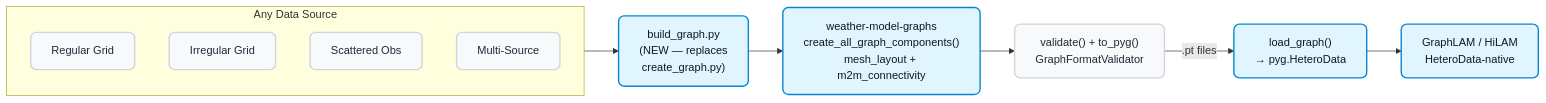
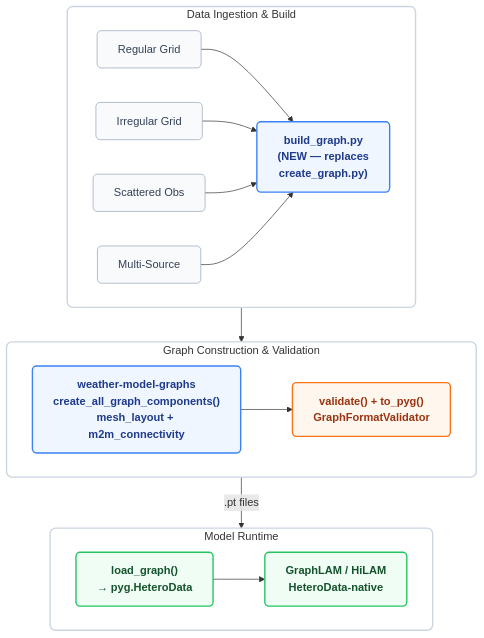
Before and after one commit to prajwal-tech07/Gsoc_test: the sixth of 11 diagrams in GSoC_Project_Created_By_Antigravity.md, drawn with Mermaid. The commit also changed other lines of this file, not shown here.

First line of the commit message:
Refactor mermaid diagrams and improve text clarity

````diff
--- a/GSoC_Project_Created_By_Antigravity.md
+++ b/GSoC_Project_Created_By_Antigravity.md
@@ -321,20 +348,50 @@
 ```mermaid
-flowchart LR
-    classDef default fill:#f8f9fa,stroke:#d1d5db,stroke-width:2px,rx:8px,color:#1f2937
-    classDef highlight fill:#e1f5fe,stroke:#0288d1,stroke-width:2px,rx:8px,color:#0f172a
+flowchart TD
+    %% Professional Color Palette
+    classDef source fill:#f8fafc,stroke:#94a3b8,stroke-width:1px,rx:6px,color:#334155
+    classDef engine fill:#eff6ff,stroke:#3b82f6,stroke-width:2px,rx:6px,color:#1e3a8a,font-weight:bold
+    classDef validate fill:#fff7ed,stroke:#f97316,stroke-width:2px,rx:6px,color:#9a3412,font-weight:bold
+    classDef runtime fill:#f0fdf4,stroke:#22c55e,stroke-width:2px,rx:6px,color:#14532d,font-weight:bold
 
-    subgraph Sources["Any Data Source"]
-        S1["Regular Grid"]
-        S2["Irregular Grid"]
-        S3["Scattered Obs"]
-        S4["Multi-Source"]
+    %% Row 1: Ingestion
+    subgraph Layer1 ["Data Ingestion & Build"]
+        direction LR
+        S1["Regular Grid"]:::source
+        S2["Irregular Grid"]:::source
+        S3["Scattered Obs"]:::source
+        S4["Multi-Source"]:::source
+        BG["build_graph.py\n(NEW — replaces\ncreate_graph.py)"]:::engine
+        
+        S1 --> BG
+        S2 --> BG
+        S3 --> BG
+        S4 --> BG
     end
 
-    BG["build_graph.py\n(NEW — replaces\ncreate_graph.py)"]:::highlight
-    WMG["weather-model-graphs\ncreate_all_graph_components()\nmesh_layout + m2m_connectivity"]:::highlight
-    VAL["validate() + to_pyg()\nGraphFormatValidator"]
-    LG["load_graph()\n→ pyg.HeteroData"]:::highlight
-    MODEL["GraphLAM / HiLAM\nHeteroData-native"]:::highlight
+    %% Row 2: Construction & Validation
+    subgraph Layer2 ["Graph Construction & Validation"]
+        direction LR
+        WMG["weather-model-graphs\ncreate_all_graph_components()\nmesh_layout + m2m_connectivity"]:::engine
+        VAL["validate() + to_pyg()\nGraphFormatValidator"]:::validate
+        
+        WMG --> VAL
+    end
 
-    Sources --> BG --> WMG --> VAL -->|".pt files"| LG --> MODEL
+    %% Row 3: Runtime
+    subgraph Layer3 ["Model Runtime"]
+        direction LR
+        LG["load_graph()\n→ pyg.HeteroData"]:::runtime
+        MODEL["GraphLAM / HiLAM\nHeteroData-native"]:::runtime
+        
+        LG --> MODEL
+    end
+
+    %% Inter-Layer Connections
+    Layer1 --> Layer2
+    Layer2 -->|".pt files"| Layer3
+
+    %% Clean, solid borders for a polished professional look
+    style Layer1 fill:#ffffff,stroke:#cbd5e1,stroke-width:2px,rx:8px
+    style Layer2 fill:#ffffff,stroke:#cbd5e1,stroke-width:2px,rx:8px
+    style Layer3 fill:#ffffff,stroke:#cbd5e1,stroke-width:2px,rx:8px
 ```
````
